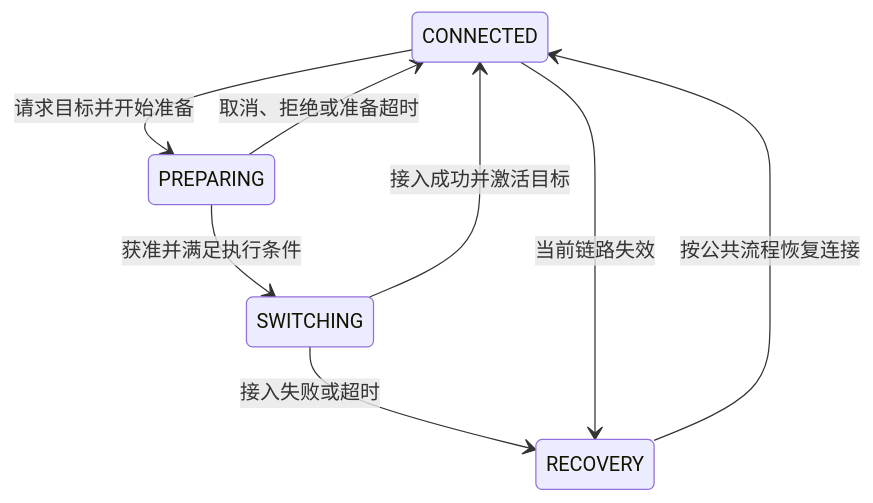
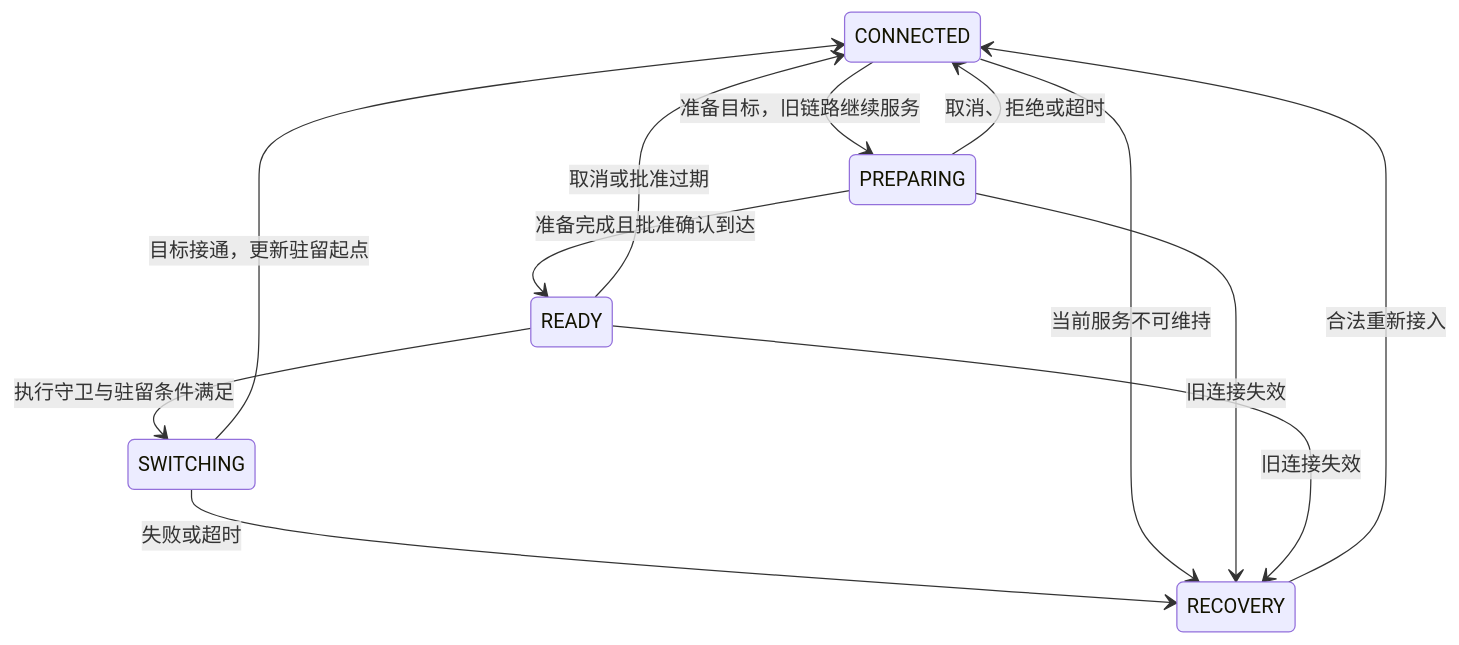
Before and after one commit to Shizhen-Jia/WorldNTN: the second of 2 diagrams in literature review/多星座对等共存_历史观测世界模型与预测切换_详细研究方案.md, drawn with Mermaid. The commit also changed other lines of this file and 1 other file, not shown here.

````diff
--- a/literature review/多星座对等共存_历史观测世界模型与预测切换_详细研究方案.md
+++ b/literature review/多星座对等共存_历史观测世界模型与预测切换_详细研究方案.md
@@ -478,10 +265,14 @@
 ```mermaid
 stateDiagram-v2
-    CONNECTED --> PREPARING: 请求目标并开始准备
-    PREPARING --> CONNECTED: 取消、拒绝或准备超时
-    PREPARING --> SWITCHING: 获准并满足执行条件
-    SWITCHING --> CONNECTED: 接入成功并激活目标
-    SWITCHING --> RECOVERY: 接入失败或超时
-    CONNECTED --> RECOVERY: 当前链路失效
-    RECOVERY --> CONNECTED: 按公共流程恢复连接
+    CONNECTED --> PREPARING: 准备目标，旧链路继续服务
+    PREPARING --> CONNECTED: 取消、拒绝或超时
+    PREPARING --> READY: 准备完成且批准确认到达
+    READY --> SWITCHING: 执行守卫与驻留条件满足
+    READY --> CONNECTED: 取消或批准过期
+    SWITCHING --> CONNECTED: 目标接通，更新驻留起点
+    SWITCHING --> RECOVERY: 失败或超时
+    CONNECTED --> RECOVERY: 当前服务不可维持
+    PREPARING --> RECOVERY: 旧连接失效
+    READY --> RECOVERY: 旧连接失效
+    RECOVERY --> CONNECTED: 合法重新接入
 ```
````
